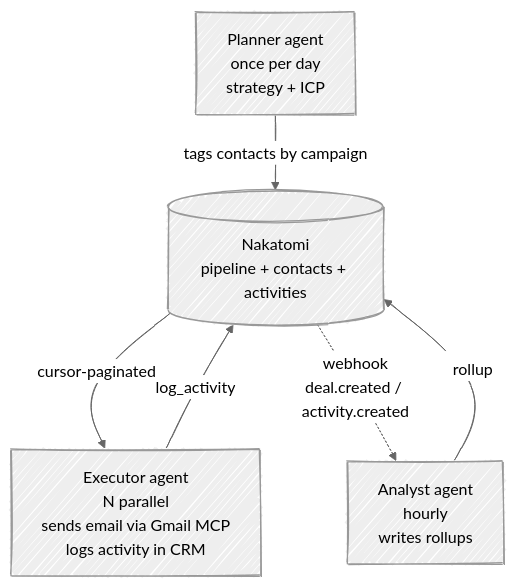
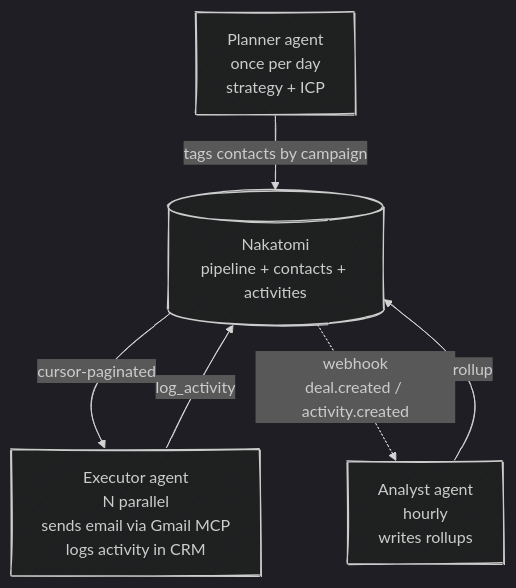
Before and after one commit to mrdulasolutions/NakatomiCRM: the first of 2 diagrams in AgentLab.md, drawn with Mermaid. The commit also changed other lines of this file and 3 other files, not shown here.

First line of the commit message:
docs: propagate theme=dark from PR #1 to every other diagram

````diff
--- a/AgentLab.md
+++ b/AgentLab.md
@@ -189,9 +189,9 @@
 ```mermaid
-%%{init: {"look": "handDrawn", "theme": "neutral"}}%%
+%%{init: {"look": "handDrawn", "theme": "dark"}}%%
 flowchart TB
     Planner[Planner agent<br/>once per day<br/>strategy + ICP] -->|tags contacts by campaign| CRM[(Nakatomi<br/>pipeline + contacts + activities)]
     CRM -->|cursor-paginated| Executor[Executor agent<br/>N parallel<br/>sends email via Gmail MCP<br/>logs activity in CRM]
     Executor -->|log_activity| CRM
     CRM -.->|webhook<br/>deal.created / activity.created| Analyst[Analyst agent<br/>hourly<br/>writes rollups]
     Analyst -->|rollup| CRM
 ```
````
